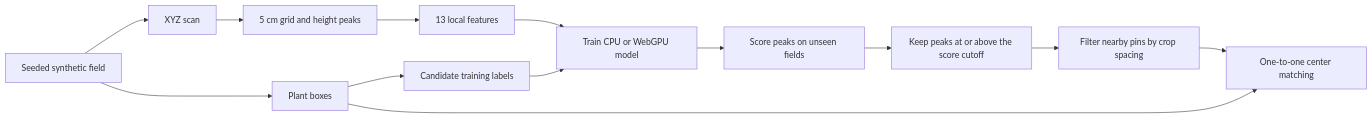
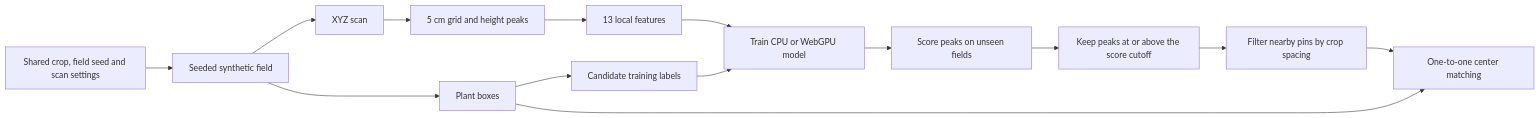
One commit to mvalancy/crop-trainer changed the first of 7 diagrams in README.md. Above: the diagram before and after it, drawn with Mermaid. The commit also changed other lines of this file and 7 other files, not shown here.

````diff
--- a/README.md
+++ b/README.md
@@ -22,15 +22,16 @@
 ```mermaid
 flowchart LR
-  A[Seeded synthetic field] --> B[XYZ scan]
+  R[Shared crop, field seed and scan settings] --> A[Seeded synthetic field]
+  A --> B[XYZ scan]
   A --> C[Plant boxes]
   B --> D[5 cm grid and height peaks]
   D --> E[13 local features]
   C --> F[Candidate training labels]
   E --> G[Train CPU or WebGPU model]
   F --> G
   G --> H[Score peaks on unseen fields]
   H --> I[Keep peaks at or above the score cutoff]
   I --> K[Filter nearby pins by crop spacing]
   K --> J[One-to-one center matching]
   C --> J
 ```
````
